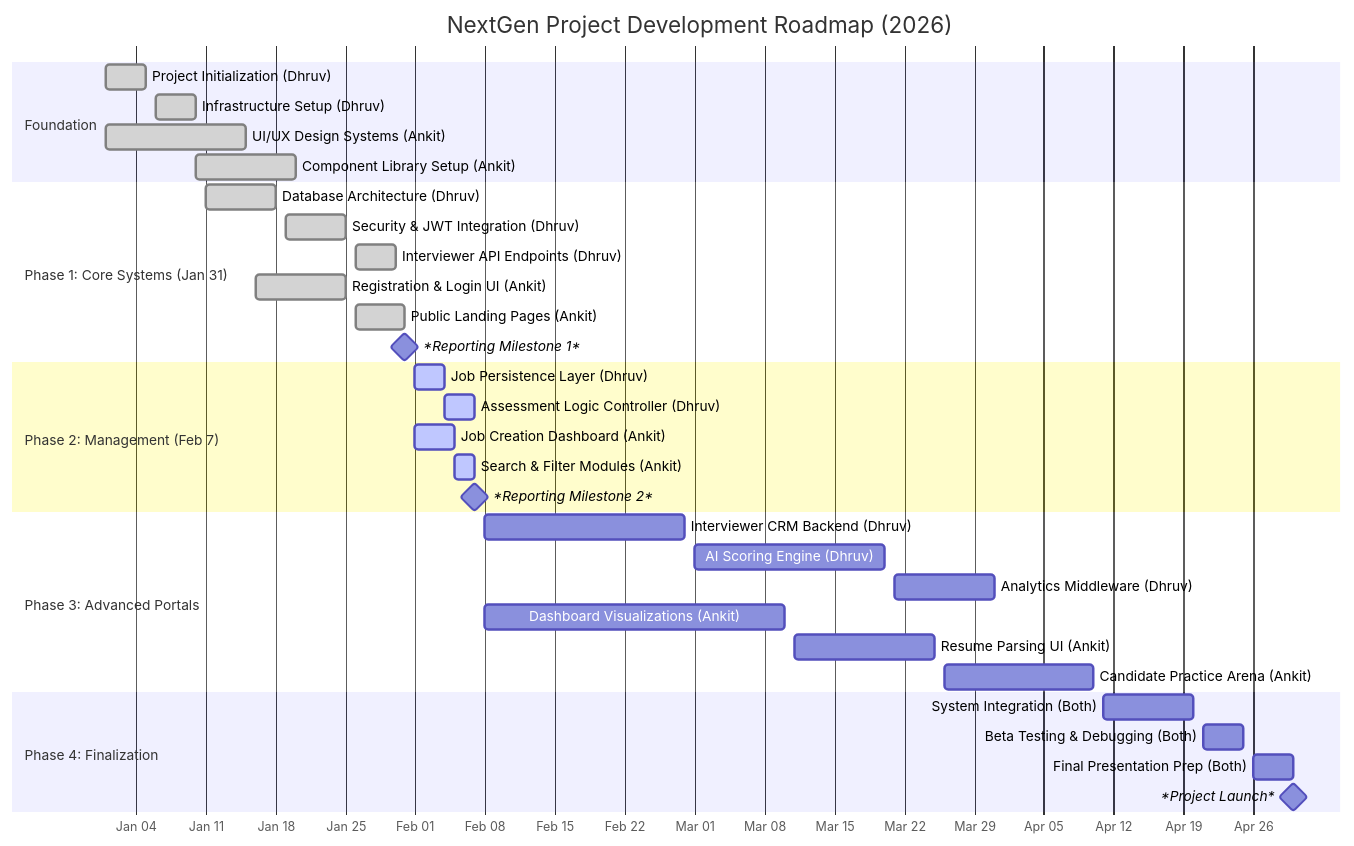
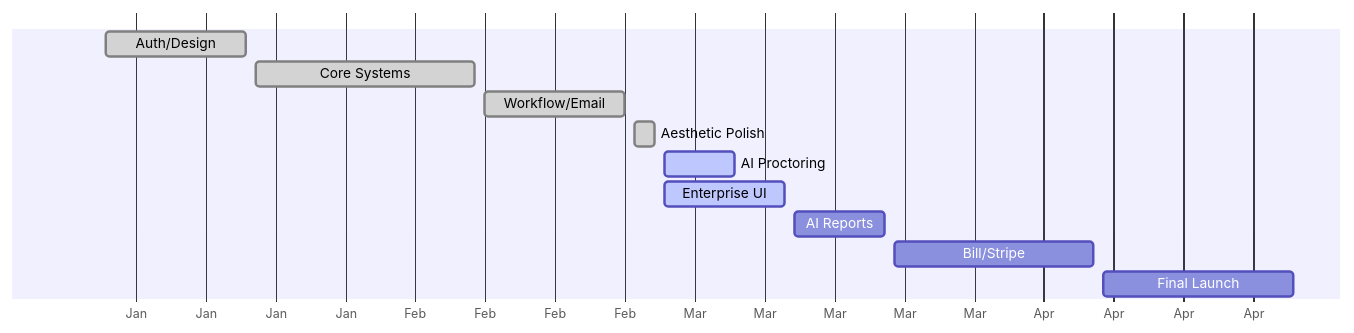
One commit to Dhruv2715/NextGen1 changed the diagram in Gantt_Chart.md. Above: the diagram before and after it, drawn with Mermaid. The commit also changed other lines of this file and 64 other files, not shown here.

Commit message:
Implement Candidate Portal features: AI Mock Interview, Skill Gap Analyzer, Analytics, and Notifications

````diff
--- a/Gantt_Chart.md
+++ b/Gantt_Chart.md
@@ -16,41 +22,14 @@
 ```mermaid
 gantt
-    title NextGen Project Development Roadmap (2026)
     dateFormat  YYYY-MM-DD
-    axisFormat  %b %d
-    
-    section Foundation
-    Project Initialization (Dhruv)     :done, f1, 2026-01-01, 2026-01-05
-    Infrastructure Setup (Dhruv)       :done, f2, 2026-01-06, 2026-01-10
-    UI/UX Design Systems (Ankit)       :done, f3, 2026-01-01, 2026-01-15
-    Component Library Setup (Ankit)    :done, f4, 2026-01-10, 2026-01-20
-
-    section Phase 1: Core Systems (Jan 31)
-    Database Architecture (Dhruv)      :done, a1, 2026-01-11, 2026-01-18
-    Security & JWT Integration (Dhruv) :done, a2, 2026-01-19, 2026-01-25
-    Interviewer API Endpoints (Dhruv) :done, a3, 2026-01-26, 2026-01-30
-    Registration & Login UI (Ankit)    :done, a4, 2026-01-16, 2026-01-25
-    Public Landing Pages (Ankit)       :done, a5, 2026-01-26, 2026-01-31
-    *Reporting Milestone 1*: milestone, 2026-01-31, 0d
-    
-    section Phase 2: Management (Feb 7)
-    Job Persistence Layer (Dhruv)      :active, b1, 2026-02-01, 2026-02-04
-    Assessment Logic Controller (Dhruv):active, b2, 2026-02-04, 2026-02-07
-    Job Creation Dashboard (Ankit)    :active, b3, 2026-02-01, 2026-02-05
-    Search & Filter Modules (Ankit)   :active, b4, 2026-02-05, 2026-02-07
-    *Reporting Milestone 2*: milestone, 2026-02-07, 0d
-    
-    section Phase 3: Advanced Portals
-    Interviewer CRM Backend (Dhruv)    : c1, 2026-02-08, 2026-02-28
-    AI Scoring Engine (Dhruv)          : c2, 2026-03-01, 2026-03-20
-    Analytics Middleware (Dhruv)       : c3, 2026-03-21, 2026-03-31
-    Dashboard Visualizations (Ankit)   : c4, 2026-02-08, 2026-03-10
-    Resume Parsing UI (Ankit)         : c5, 2026-03-11, 2026-03-25
-    Candidate Practice Arena (Ankit)  : c6, 2026-03-26, 2026-04-10
-    
-    section Phase 4: Finalization
-    System Integration (Both)          : d1, 2026-04-11, 2026-04-20
-    Beta Testing & Debugging (Both)    : d2, 2026-04-21, 2026-04-25
-    Final Presentation Prep (Both)     : d3, 2026-04-26, 2026-04-30
-    *Project Launch*: milestone, 2026-04-30, 0d
+    axisFormat  %b
+    Auth/Design     :done, a1, 2026-01-01, 2026-01-15
+    Core Systems    :done, a2, 2026-01-16, 2026-02-07
+    Workflow/Email  :done, a3, 2026-02-08, 2026-02-22
+    Aesthetic Polish:done, a4, 2026-02-23, 2026-02-25
+    AI Proctoring   :active, b1, 2026-02-26, 2026-03-05
+    Enterprise UI   :active, b2, 2026-02-26, 2026-03-10
+    AI Reports      : c1, 2026-03-11, 2026-03-20
+    Bill/Stripe     : c2, 2026-03-21, 2026-04-10
+    Final Launch    : c3, 2026-04-11, 2026-04-30
 ```
````
